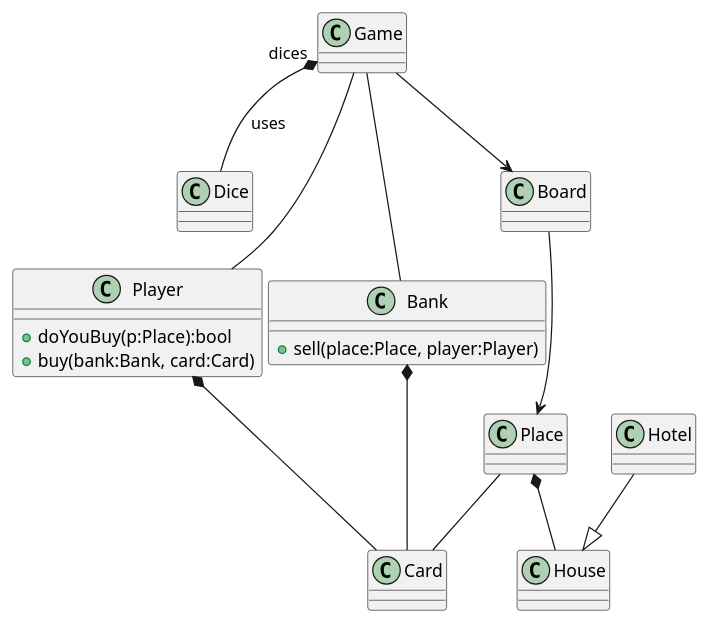
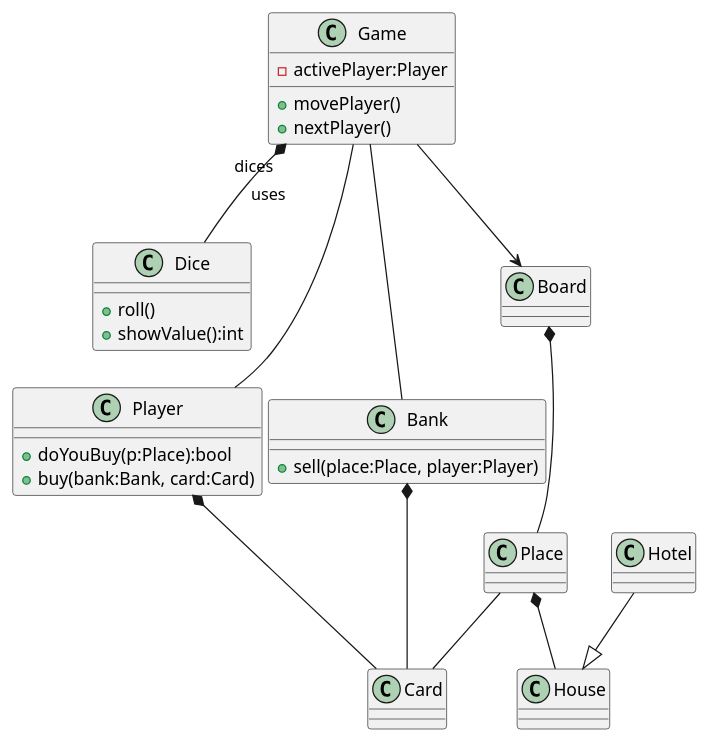
The diagram in dzienne/gr1/monopoly/basic_objects.plantuml (kpodlaski/ProjObj2019), drawn with PlantUML before and after one commit.

Commit message:
modified class diagram

```diff
--- a/dzienne/gr1/monopoly/basic_objects.plantuml
+++ b/dzienne/gr1/monopoly/basic_objects.plantuml
@@ -1,33 +1,39 @@
 @startuml  Monopoly_Game_class_diagram
 
 Game "dices" *--  Dice : uses
 
 Game --> Board
-Board --> Place
+Board *-- Place
 Place -- Card
 Player *-- Card
 Bank *-- Card
 Hotel --|> House
 Place *-- House
 Game -- Bank
 Game -- Player
 
 class Dice{
+    +roll()
+    +showValue():int
 }
 'Controller for the game app
-class Game
+class Game{
+    -activePlayer:Player
+    +movePlayer()
+    +nextPlayer()
+}
 class Board
 class Bank
 {
     +sell(place:Place, player:Player)
 }
 class Place
 class Player{
     +doYouBuy(p:Place):bool
     +buy(bank:Bank, card:Card)
 }
 class Card
 class House
 class Hotel
 
 @enduml
```
